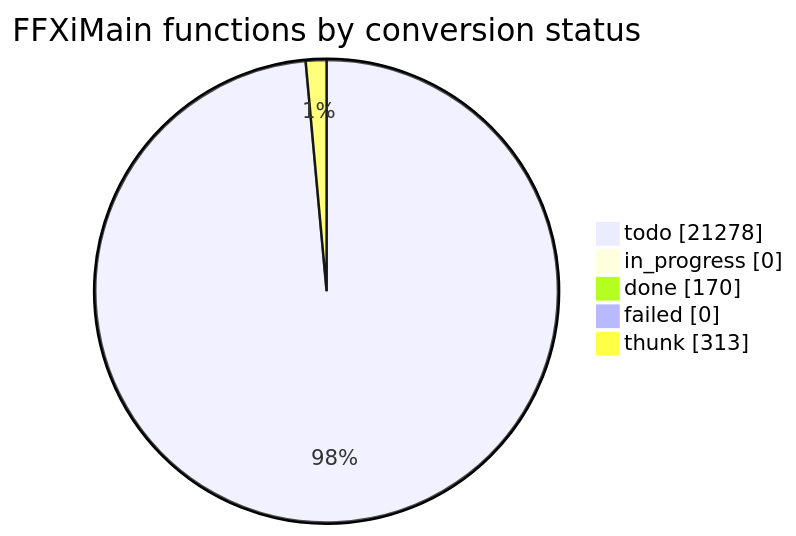
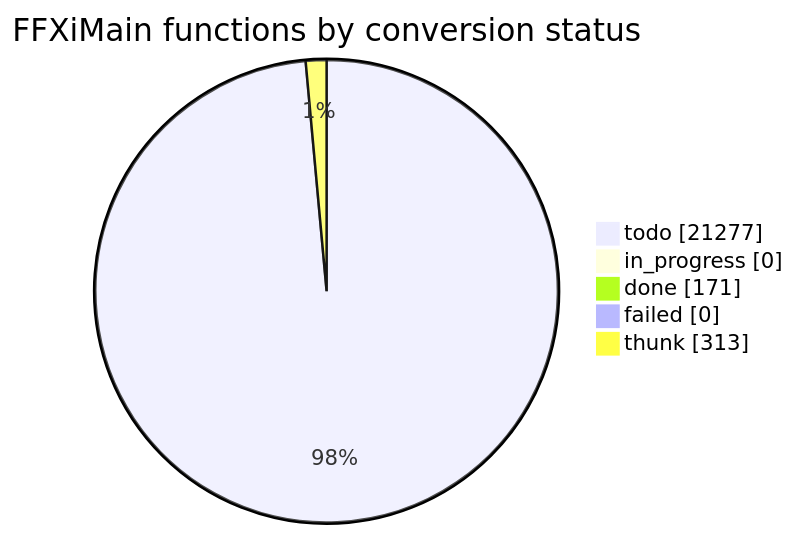
Before and after one commit to cowrevenge/cow_kuluu_xi_anything: the diagram in docs/cow/STATUS.md, drawn with Mermaid. The commit also changed other lines of this file and 7 other files, not shown here.

````diff
--- a/docs/cow/STATUS.md
+++ b/docs/cow/STATUS.md
@@ -18,9 +21,9 @@
 ```mermaid
 pie showData
     title FFXiMain functions by conversion status
-    "todo" : 21278
+    "todo" : 21277
     "in_progress" : 0
-    "done" : 170
+    "done" : 171
     "failed" : 0
     "thunk" : 313
 ```
````
